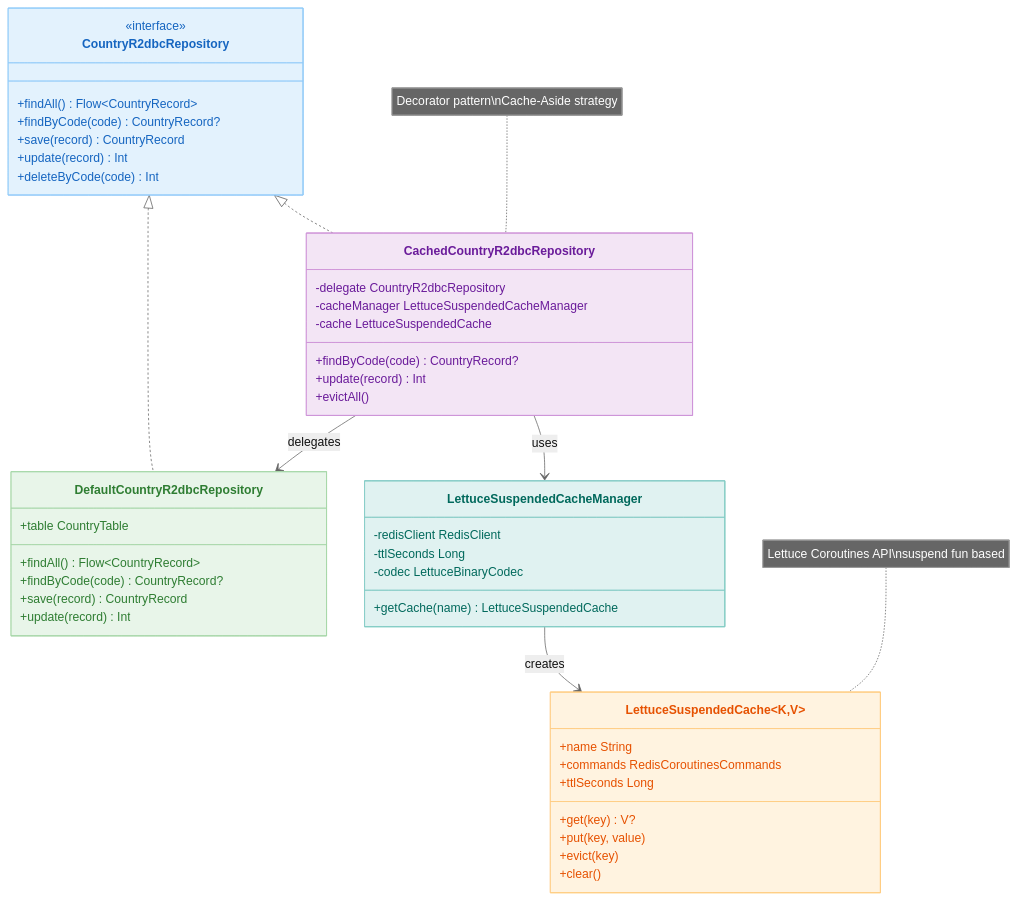
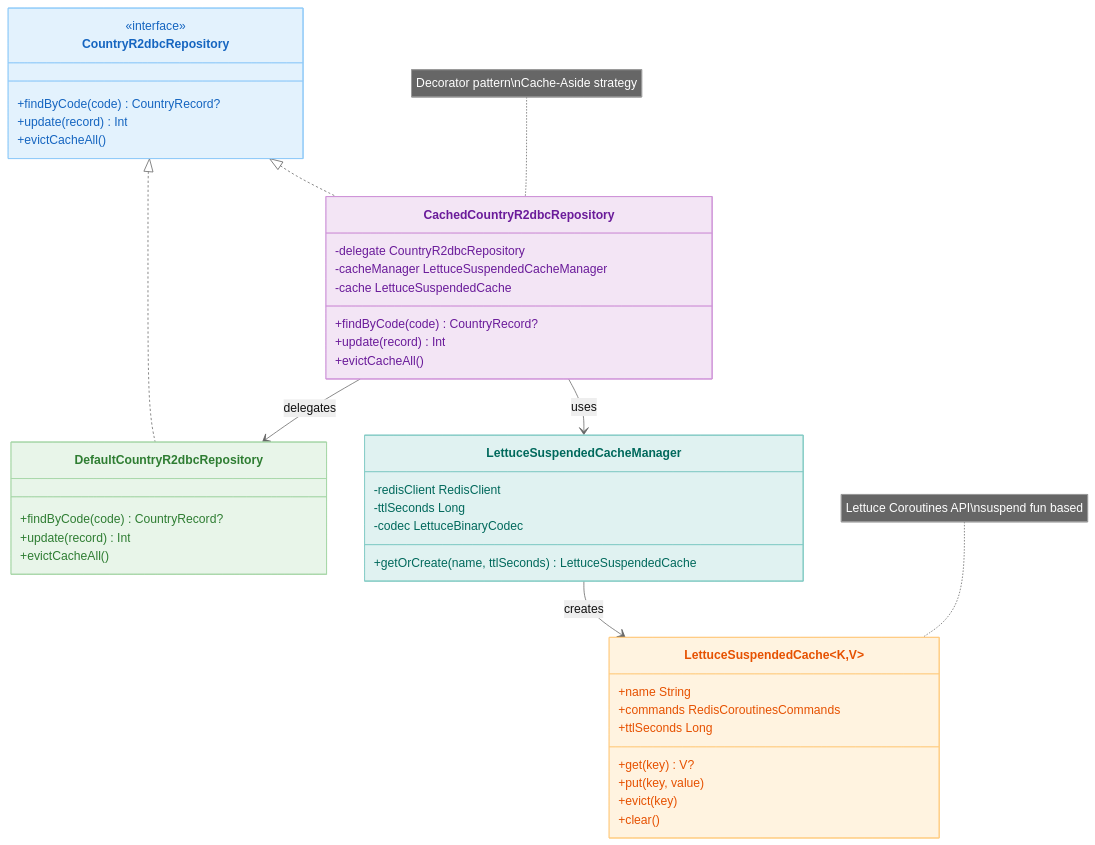
Before and after one commit to bluetape4k/exposed-r2dbc-workshop: the second of 3 diagrams in 09-spring/07-spring-suspended-cache/README.md, drawn with Mermaid. The commit also changed other lines of this file and 25 other files, not shown here.

````diff
--- a/09-spring/07-spring-suspended-cache/README.md
+++ b/09-spring/07-spring-suspended-cache/README.md
@@ -50,57 +50,53 @@
 ```mermaid
 %%{init: {"theme": "neutral"}}%%
 classDiagram
     class CountryR2dbcRepository {
         <<interface>>
-        +findAll() Flow~CountryRecord~
         +findByCode(code) CountryRecord?
-        +save(record) CountryRecord
         +update(record) Int
-        +deleteByCode(code) Int
+        +evictCacheAll()
     }
     class DefaultCountryR2dbcRepository {
-        +table CountryTable
-        +findAll() Flow~CountryRecord~
         +findByCode(code) CountryRecord?
-        +save(record) CountryRecord
         +update(record) Int
+        +evictCacheAll()
     }
     class CachedCountryR2dbcRepository {
         -delegate CountryR2dbcRepository
         -cacheManager LettuceSuspendedCacheManager
         -cache LettuceSuspendedCache
         +findByCode(code) CountryRecord?
         +update(record) Int
-        +evictAll()
+        +evictCacheAll()
     }
     class LettuceSuspendedCache~K,V~ {
         +name String
         +commands RedisCoroutinesCommands
         +ttlSeconds Long
         +get(key) V?
         +put(key, value)
         +evict(key)
         +clear()
     }
     class LettuceSuspendedCacheManager {
         -redisClient RedisClient
         -ttlSeconds Long
         -codec LettuceBinaryCodec
-        +getCache(name) LettuceSuspendedCache
+        +getOrCreate(name, ttlSeconds) LettuceSuspendedCache
     }
 
     CountryR2dbcRepository <|.. DefaultCountryR2dbcRepository
     CountryR2dbcRepository <|.. CachedCountryR2dbcRepository
     CachedCountryR2dbcRepository --> DefaultCountryR2dbcRepository : delegates
     CachedCountryR2dbcRepository --> LettuceSuspendedCacheManager : uses
     LettuceSuspendedCacheManager --> LettuceSuspendedCache : creates
 
     note for CachedCountryR2dbcRepository "Decorator pattern\nCache-Aside strategy"
     note for LettuceSuspendedCache "Lettuce Coroutines API\nsuspend fun based"
 
     style CountryR2dbcRepository fill:#E3F2FD,stroke:#90CAF9,color:#1565C0
     style DefaultCountryR2dbcRepository fill:#E8F5E9,stroke:#A5D6A7,color:#2E7D32
     style CachedCountryR2dbcRepository fill:#F3E5F5,stroke:#CE93D8,color:#6A1B9A
     style LettuceSuspendedCache fill:#FFF3E0,stroke:#FFCC80,color:#E65100
     style LettuceSuspendedCacheManager fill:#E0F2F1,stroke:#80CBC4,color:#00695C
 ```
````
